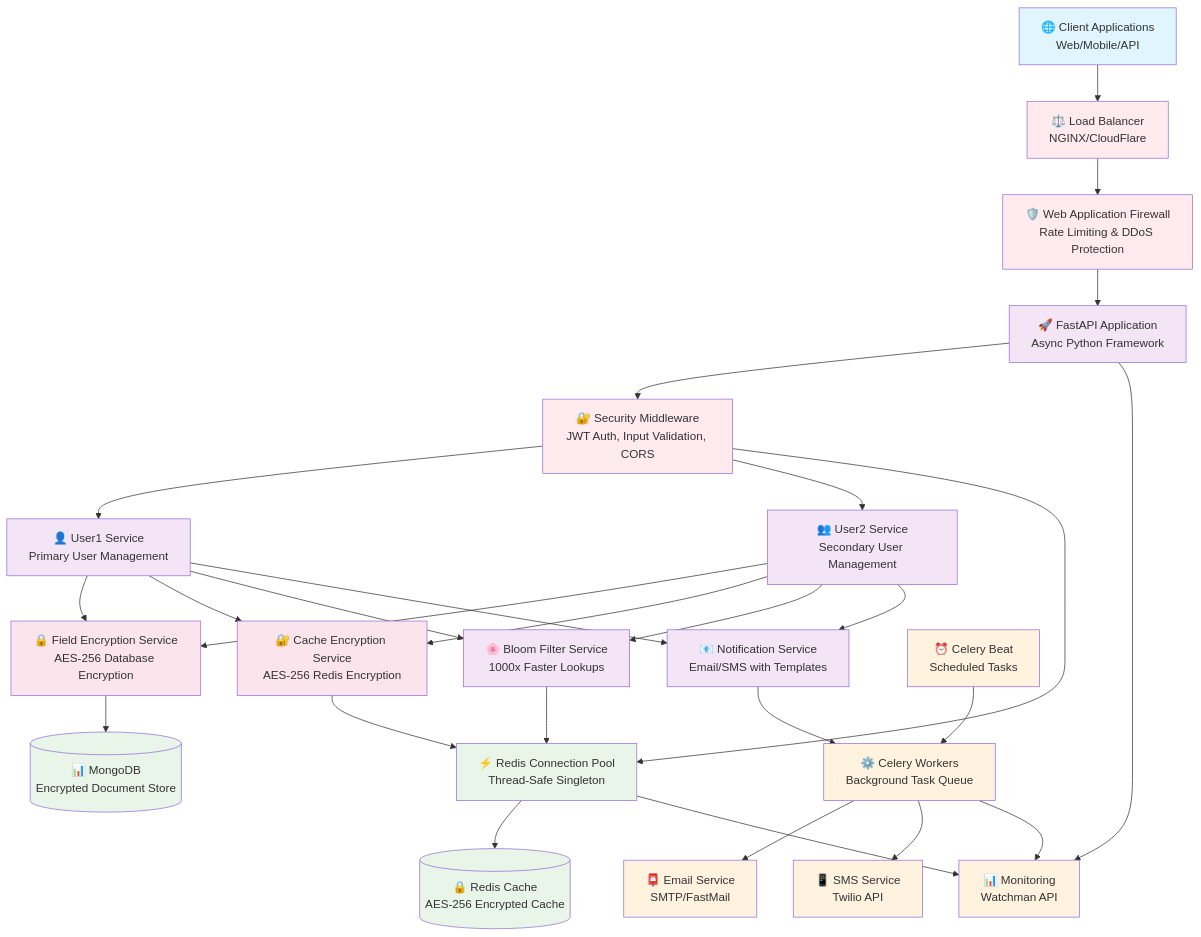
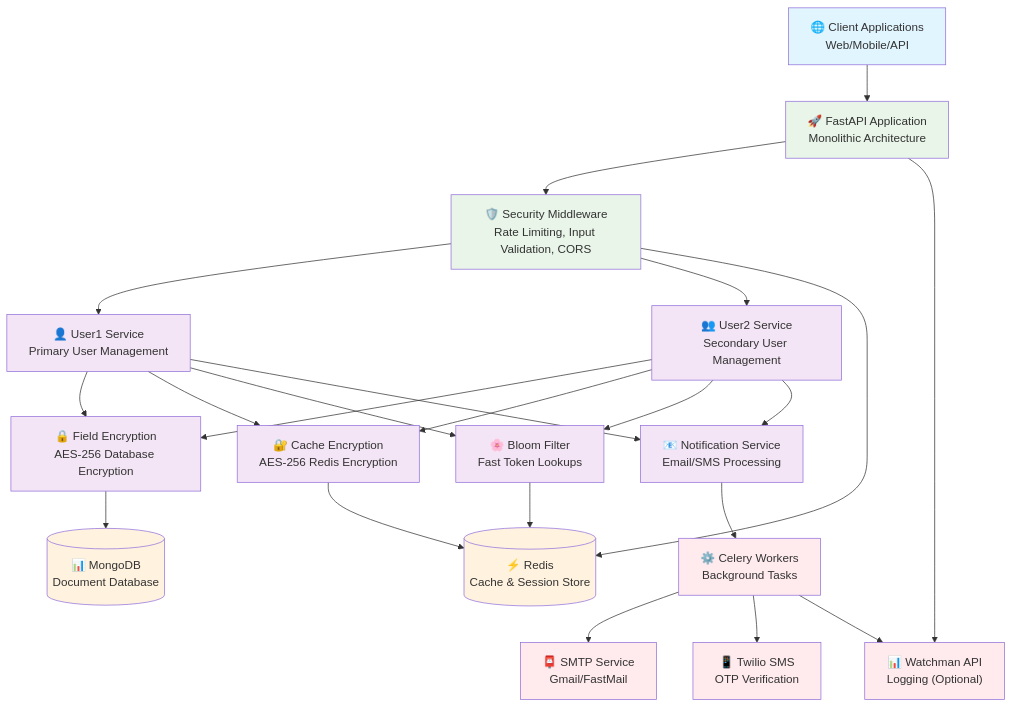
The diagram in README.md (HATAKEkakshi/Auth), drawn with Mermaid before and after one commit. The commit also changed other lines of this file and 1 other file, not shown here.

Commit message:
Correct project structure added integrated watchman

````diff
--- a/README.md
+++ b/README.md
@@ -326,49 +326,41 @@
     %% Client Layer
     Client["🌐 Client Applications<br/>Web/Mobile/API"]
     
-    %% Load Balancer & Security
-    LB["⚖️ Load Balancer<br/>NGINX/CloudFlare"]
-    WAF["🛡️ Web Application Firewall<br/>Rate Limiting & DDoS Protection"]
+    %% FastAPI Monolithic Application
+    APP["🚀 FastAPI Application<br/>Monolithic Architecture"]
     
-    %% API Gateway
-    API["🚀 FastAPI Application<br/>Async Python Framework"]
+    %% Security Middleware (Built-in)
+    SEC["🛡️ Security Middleware<br/>Rate Limiting, Input Validation, CORS"]
     
-    %% Security Middleware
-    SEC["🔐 Security Middleware<br/>JWT Auth, Input Validation, CORS"]
-    
-    %% Business Logic Layer
+    %% Business Logic Services (Internal)
     USER1["👤 User1 Service<br/>Primary User Management"]
     USER2["👥 User2 Service<br/>Secondary User Management"]
-    NOTIF["📧 Notification Service<br/>Email/SMS with Templates"]
+    NOTIF["📧 Notification Service<br/>Email/SMS Processing"]
     
-    %% Encryption Layer
-    ENCRYPT["🔒 Field Encryption Service<br/>AES-256 Database Encryption"]
-    CACHE_ENC["🔐 Cache Encryption Service<br/>AES-256 Redis Encryption"]
-    BLOOM["🌸 Bloom Filter Service<br/>1000x Faster Lookups"]
+    %% Encryption Services (Internal)
+    ENCRYPT["🔒 Field Encryption<br/>AES-256 Database Encryption"]
+    CACHE_ENC["🔐 Cache Encryption<br/>AES-256 Redis Encryption"]
+    BLOOM["🌸 Bloom Filter<br/>Fast Token Lookups"]
     
-    %% Storage Layer with Connection Pooling
-    MONGO[("📊 MongoDB<br/>Encrypted Document Store")]
-    REDIS_POOL["⚡ Redis Connection Pool<br/>Thread-Safe Singleton"]
-    REDIS[("🔒 Redis Cache<br/>AES-256 Encrypted Cache")]
+    %% Storage Layer
+    MONGO[("📊 MongoDB<br/>Document Database")]
+    REDIS[("⚡ Redis<br/>Cache & Session Store")]
     
-    %% Background Processing
-    CELERY["⚙️ Celery Workers<br/>Background Task Queue"]
-    BEAT["⏰ Celery Beat<br/>Scheduled Tasks"]
+    %% Background Processing (Separate Process)
+    CELERY["⚙️ Celery Workers<br/>Background Tasks"]
     
     %% External Services
-    EMAIL["📮 Email Service<br/>SMTP/FastMail"]
-    SMS["📱 SMS Service<br/>Twilio API"]
-    MONITOR["📊 Monitoring<br/>Watchman API"]
+    EMAIL["📮 SMTP Service<br/>Gmail/FastMail"]
+    SMS["📱 Twilio SMS<br/>OTP Verification"]
+    MONITOR["📊 Watchman API<br/>Logging (Optional)"]
     
-    %% Data Flow
-    Client --> LB
-    LB --> WAF
-    WAF --> API
-    API --> SEC
+    %% Data Flow - Simplified
+    Client --> APP
+    APP --> SEC
     SEC --> USER1
     SEC --> USER2
     
-    %% Service to Encryption Layer
+    %% Internal Service Communication
     USER1 --> ENCRYPT
     USER2 --> ENCRYPT
     USER1 --> CACHE_ENC
@@ -380,34 +372,29 @@
     
     %% Storage Connections
     ENCRYPT --> MONGO
-    CACHE_ENC --> REDIS_POOL
-    REDIS_POOL --> REDIS
-    BLOOM --> REDIS_POOL
-    SEC --> REDIS_POOL
+    CACHE_ENC --> REDIS
+    BLOOM --> REDIS
+    SEC --> REDIS
     
     %% Background Processing
     NOTIF --> CELERY
     CELERY --> EMAIL
     CELERY --> SMS
-    BEAT --> CELERY
     
     %% Monitoring
-    API --> MONITOR
+    APP --> MONITOR
     CELERY --> MONITOR
-    REDIS_POOL --> MONITOR
     
     %% Styling
     classDef client fill:#e1f5fe
-    classDef security fill:#ffebee
+    classDef app fill:#e8f5e8
     classDef service fill:#f3e5f5
-    classDef storage fill:#e8f5e8
-    classDef external fill:#fff3e0
-    classDef encryption fill:#fce4ec
+    classDef storage fill:#fff3e0
+    classDef external fill:#ffebee
     
     class Client client
-    class LB,WAF,SEC security
-    class API,USER1,USER2,NOTIF,BLOOM service
-    class MONGO,REDIS,REDIS_POOL storage
-    class EMAIL,SMS,MONITOR,CELERY,BEAT external
-    class ENCRYPT,CACHE_ENC encryption
+    class APP,SEC app
+    class USER1,USER2,NOTIF,ENCRYPT,CACHE_ENC,BLOOM service
+    class MONGO,REDIS storage
+    class EMAIL,SMS,MONITOR,CELERY external
 ```
````
